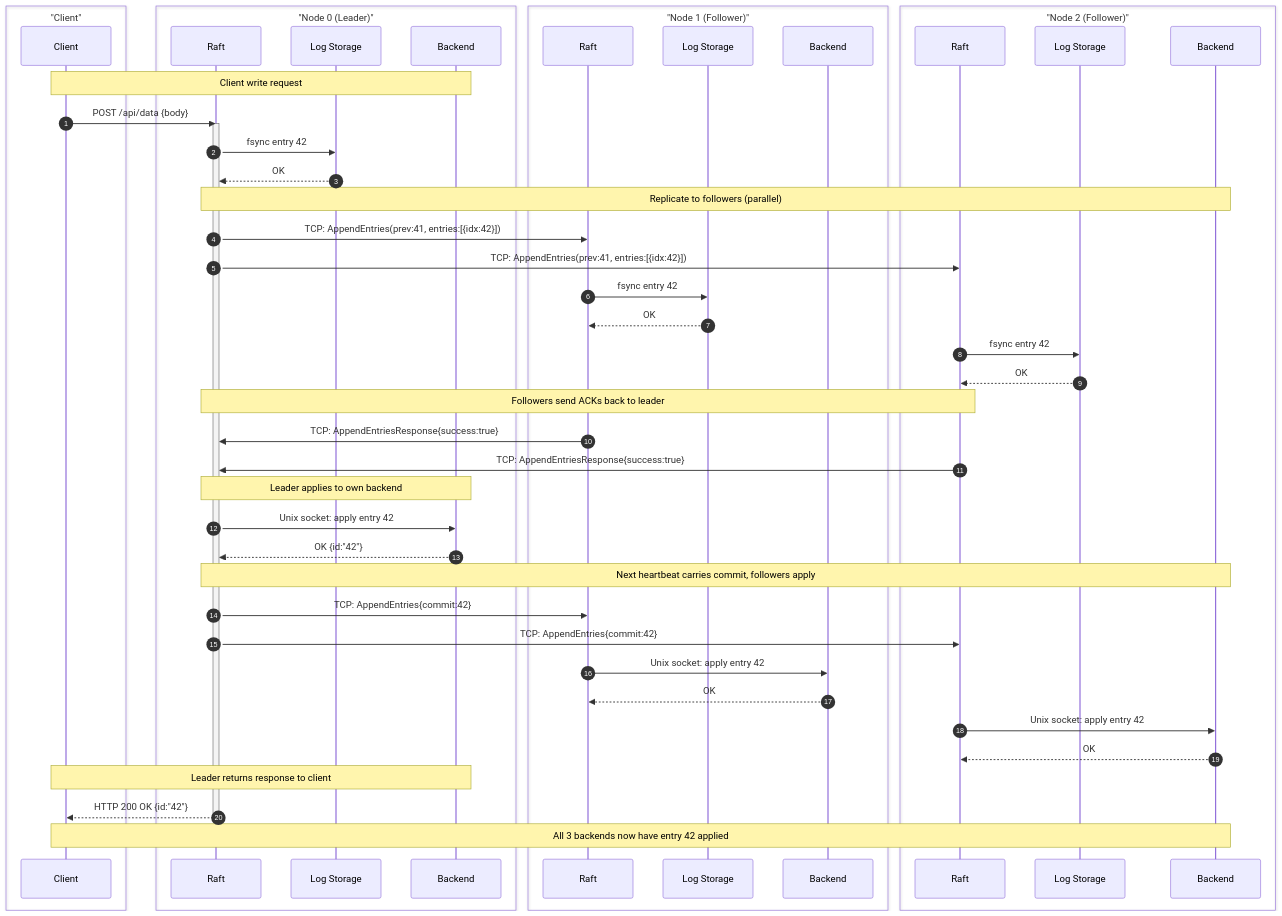
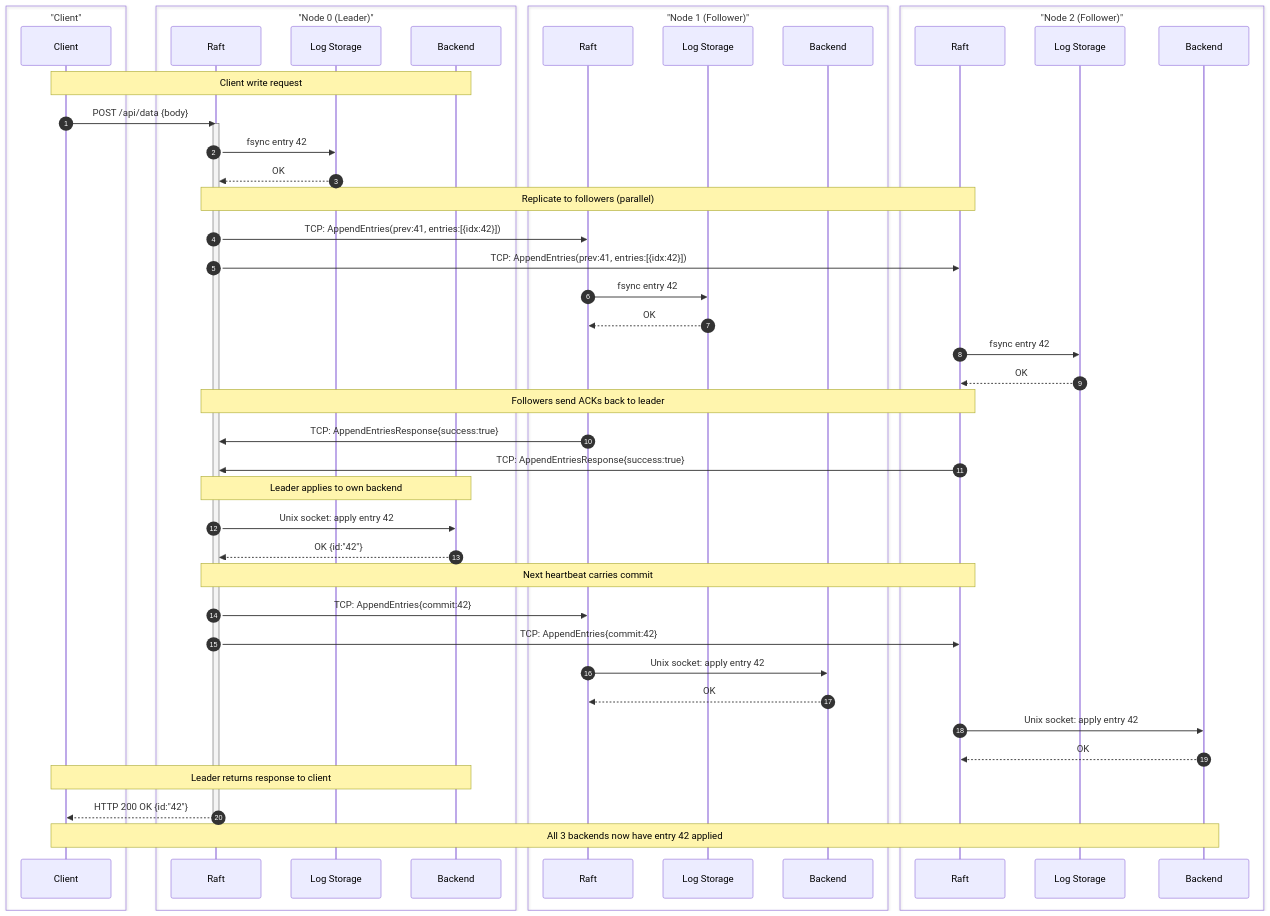
One commit to thomasjinlo/raft changed the diagram in diagrams/write-sequence.md. Above: the diagram before and after it, drawn with Mermaid.

Commit message:
update notes section in write sequence

````diff
--- a/diagrams/write-sequence.md
+++ b/diagrams/write-sequence.md
@@ -3,70 +3,70 @@
 ```mermaid
 sequenceDiagram
     autonumber
 
     box "Client"
         participant C as Client
     end
 
     box "Node 0 (Leader)"
         participant R0 as Raft
         participant L0 as Log Storage
         participant BE0 as Backend
     end
 
     box "Node 1 (Follower)"
         participant R1 as Raft
         participant L1 as Log Storage
         participant BE1 as Backend
     end
 
     box "Node 2 (Follower)"
         participant R2 as Raft
         participant L2 as Log Storage
         participant BE2 as Backend
     end
 
     Note over C,BE0: Client write request
 
     C->>R0: POST /api/data {body}
     activate R0
     R0->>L0: fsync entry 42
     L0-->>R0: OK
 
-    Note over R0,BE2: Replicate to followers (parallel)
+    Note over R0,R2: Replicate to followers (parallel)
 
     R0->>R1: TCP: AppendEntries(prev:41, entries:[{idx:42}])
     R0->>R2: TCP: AppendEntries(prev:41, entries:[{idx:42}])
 
     R1->>L1: fsync entry 42
     L1-->>R1: OK
     R2->>L2: fsync entry 42
     L2-->>R2: OK
 
     Note over R0,R2: Followers send ACKs back to leader
 
     R1->>R0: TCP: AppendEntriesResponse{success:true}
     R2->>R0: TCP: AppendEntriesResponse{success:true}
 
     Note over R0,BE0: Leader applies to own backend
 
     R0->>BE0: Unix socket: apply entry 42
     BE0-->>R0: OK {id:"42"}
 
-    Note over R0,BE2: Next heartbeat carries commit, followers apply
+    Note over R0,R2: Next heartbeat carries commit
 
     R0->>R1: TCP: AppendEntries{commit:42}
     R0->>R2: TCP: AppendEntries{commit:42}
 
     R1->>BE1: Unix socket: apply entry 42
     BE1-->>R1: OK
     R2->>BE2: Unix socket: apply entry 42
     BE2-->>R2: OK
 
     Note over C,BE0: Leader returns response to client
 
     R0-->>C: HTTP 200 OK {id:"42"}
     deactivate R0
 
     Note over C,BE2: All 3 backends now have entry 42 applied
 ```
````
